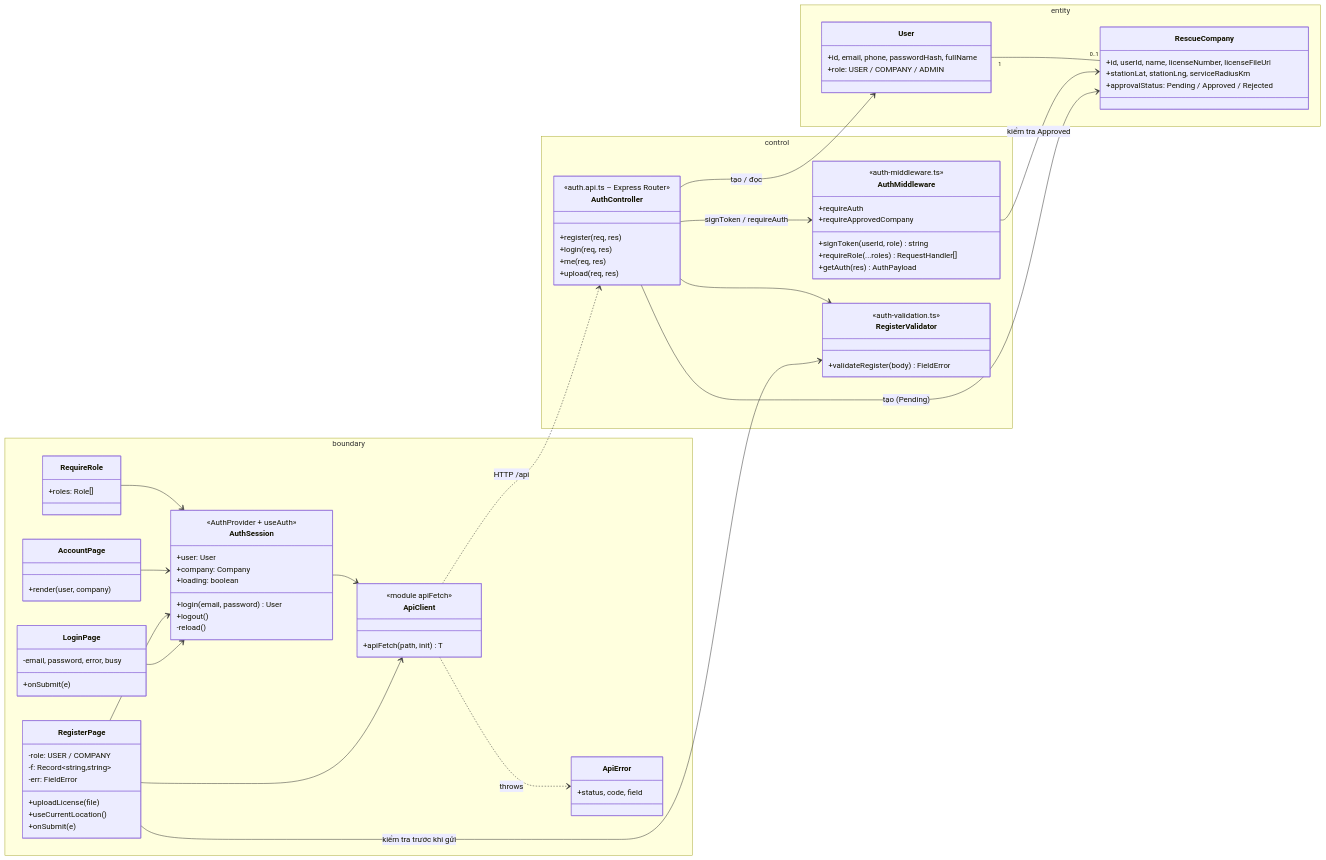
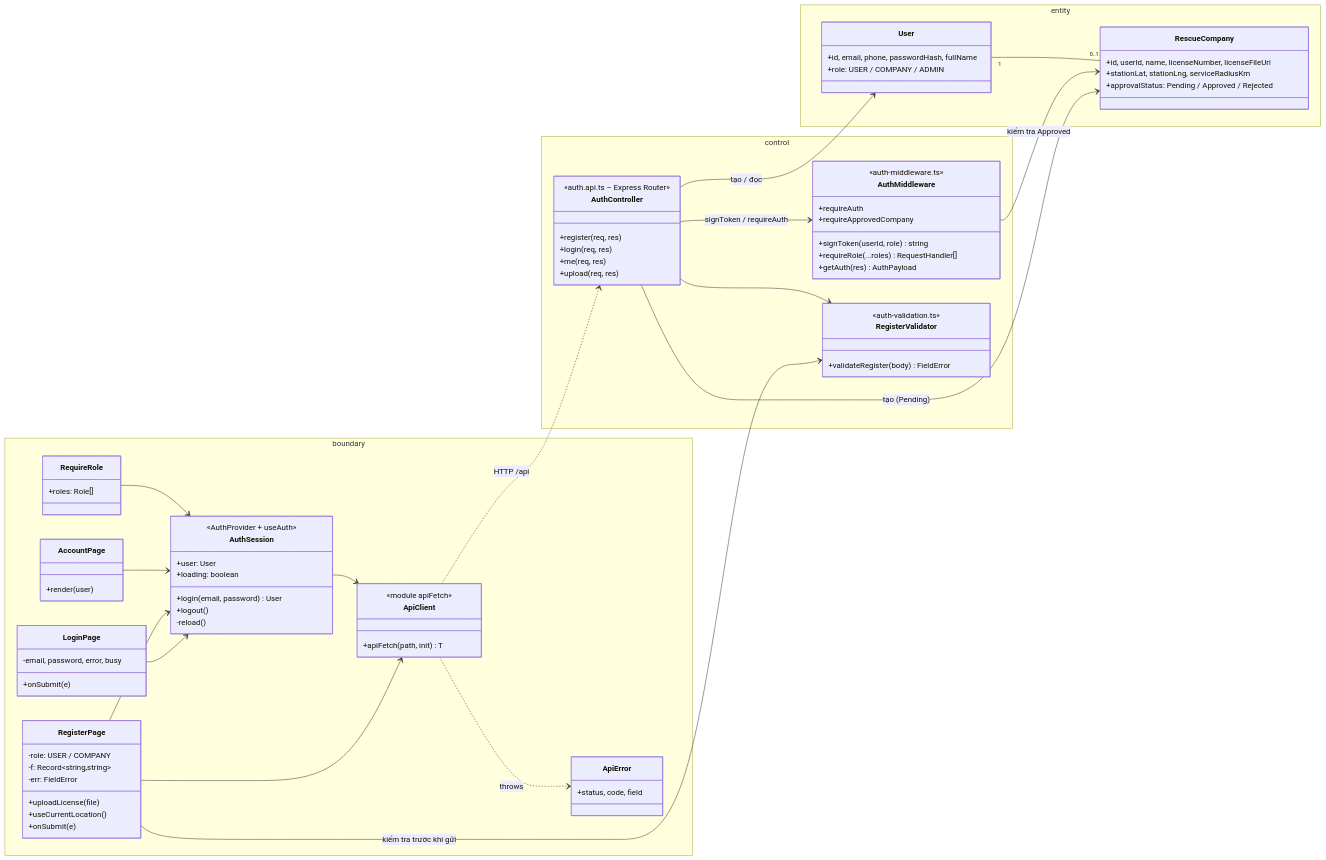
One commit to ThanhQuang214/roadside-assistance changed the fifth of 5 diagrams in docs/design/M2-tuan1-xac-thuc.md. Above: the diagram before and after it, drawn with Mermaid. The commit also changed other lines of this file and 22 other files, not shown here.

```diff
--- a/docs/design/M2-tuan1-xac-thuc.md
+++ b/docs/design/M2-tuan1-xac-thuc.md
@@ -201,12 +203,11 @@
       +onSubmit(e)
     }
     class AccountPage {
-      +render(user, company)
+      +render(user)
     }
     class AuthSession {
       <<AuthProvider + useAuth>>
       +user: User
-      +company: Company
       +loading: boolean
       +login(email, password) User
       +logout()
```
